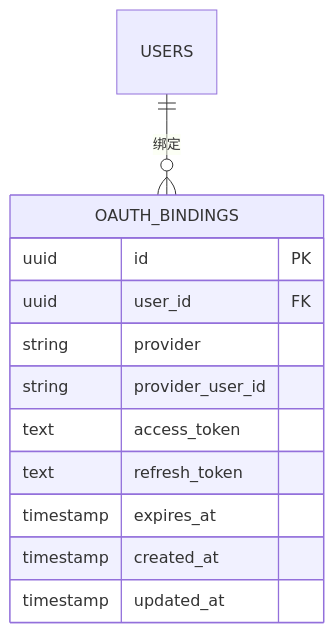
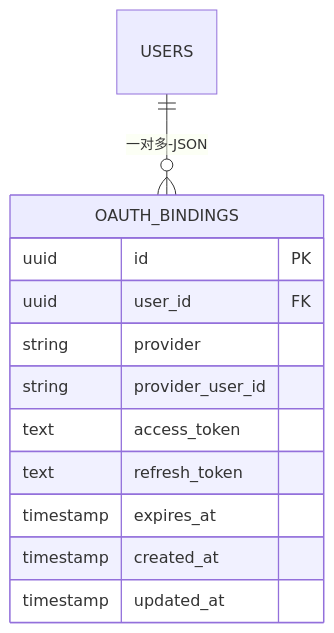
One commit to dayutech/Vuln-Audit-Lifecycle-Management changed the tenth of 11 diagrams in docs/design/er_diagram.md. Above: the diagram before and after it, drawn with Mermaid. The commit also changed other lines of this file and 7 other files, not shown here.

````diff
--- a/docs/design/er_diagram.md
+++ b/docs/design/er_diagram.md
@@ -642,16 +673,16 @@
 ```mermaid
 erDiagram
-    USERS ||--o{ OAUTH_BINDINGS : "绑定"
+    USERS ||--o{ OAUTH_BINDINGS : "一对多-JSON"
     
     OAUTH_BINDINGS {
         uuid id PK
         uuid user_id FK
         string provider
         string provider_user_id
         text access_token
         text refresh_token
         timestamp expires_at
         timestamp created_at
         timestamp updated_at
     }
 ```
````
